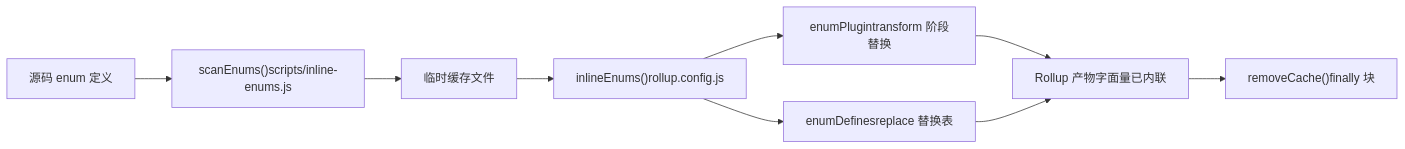
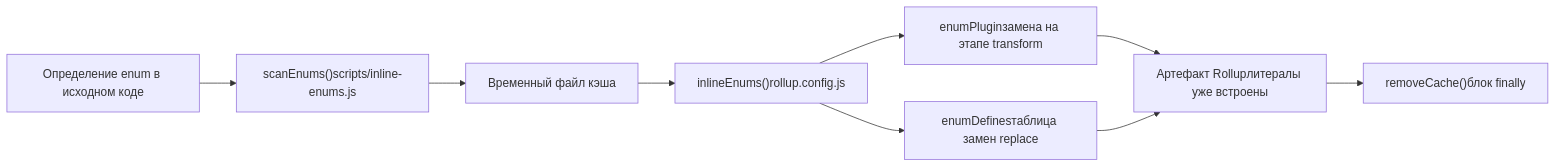
One commit to maleRjc/AiReadCodeBooks changed the first of 2 diagrams in books/vue3/ru/13-performance-and-feature-flags.md. Above: the diagram before and after it, drawn with Mermaid. The commit also changed other lines of this file and 74 other files, not shown here.

````diff
--- a/books/vue3/ru/13-performance-and-feature-flags.md
+++ b/books/vue3/ru/13-performance-and-feature-flags.md
@@ -38,11 +38,11 @@
 ```mermaid
 flowchart LR
-  src["源码 enum 定义"] --> scan["scanEnums()scripts/inline-enums.js"]
-  scan --> cache["临时缓存文件"]
+  src["Определение enum в исходном коде"] --> scan["scanEnums()scripts/inline-enums.js"]
+  scan --> cache["Временный файл кэша"]
   cache --> inline["inlineEnums()rollup.config.js"]
-  inline --> plugin["enumPlugintransform 阶段替换"]
-  inline --> defines["enumDefinesreplace 替换表"]
-  plugin --> bundle["Rollup 产物字面量已内联"]
+  inline --> plugin["enumPluginзамена на этапе transform"]
+  inline --> defines["enumDefinesтаблица замен replace"]
+  plugin --> bundle["Артефакт Rollupлитералы уже встроены"]
   defines --> bundle
-  bundle --> cleanup["removeCache()finally 块"]
+  bundle --> cleanup["removeCache()блок finally"]
 ```
````
